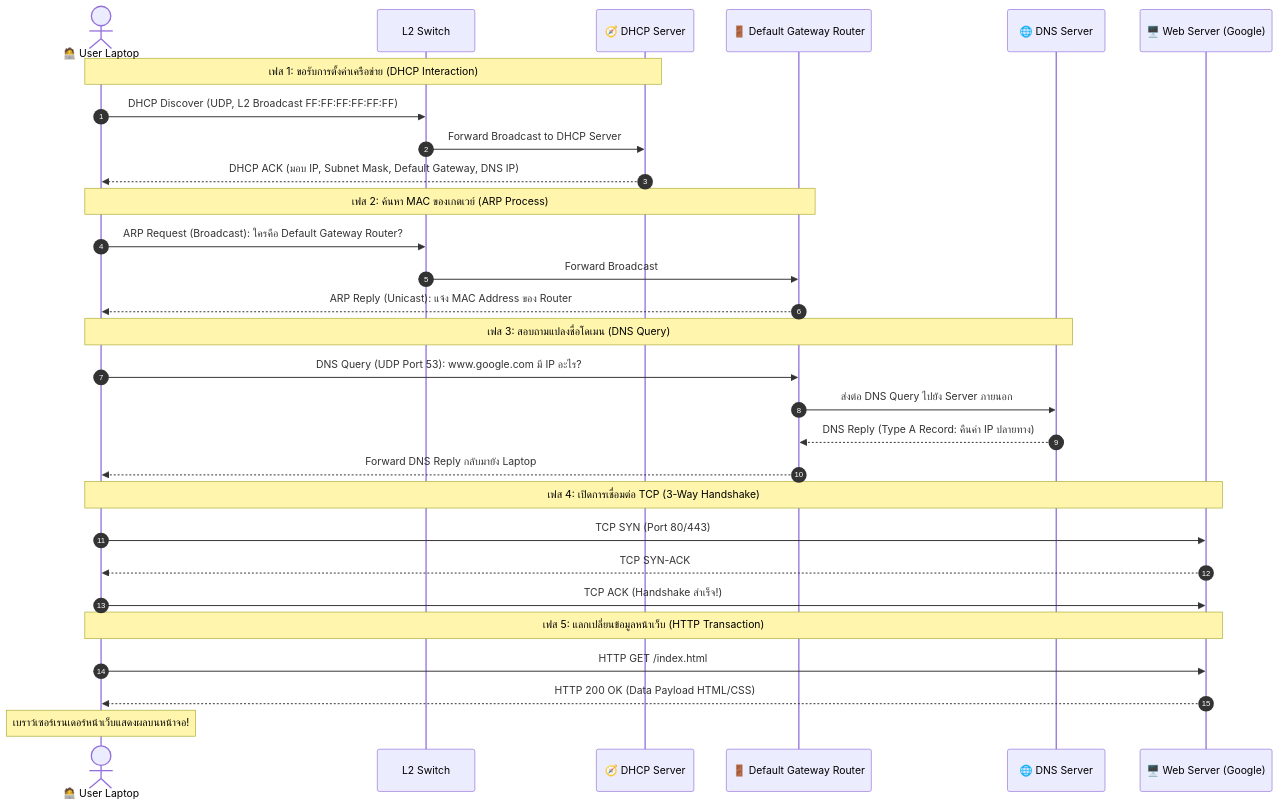
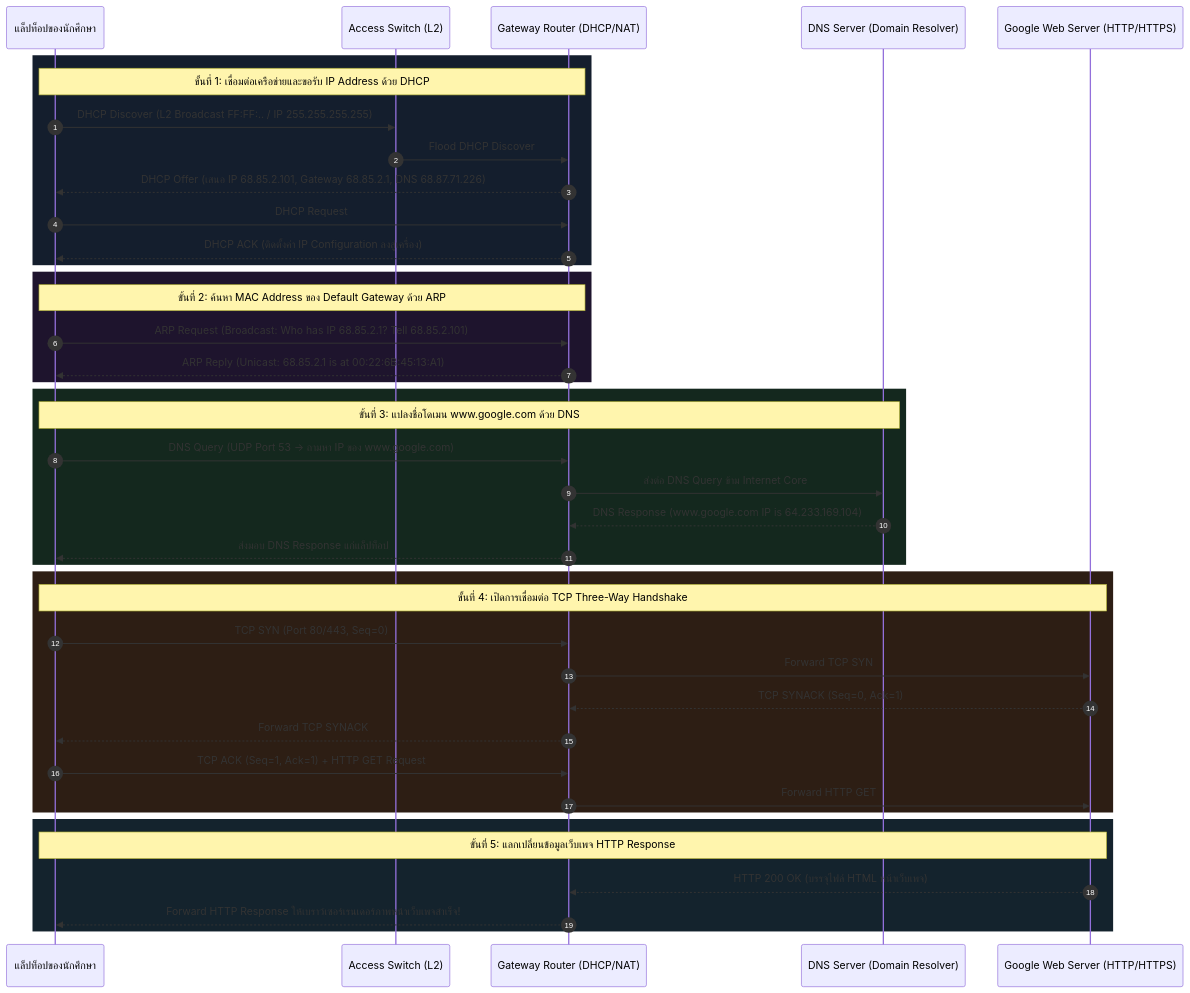
One commit to kanomoo/computer-network-and-Internet changed the seventh of 7 diagrams in 05_Wiki/Chapter_06_Link_Layer_and_Wireless/01_Lecture_06_Chapter_6_Link_Layer_and_LANs_v9.md. Above: the diagram before and after it, drawn with Mermaid. The commit also changed other lines of this file and 8 other files, not shown here.

````diff
--- a/05_Wiki/Chapter_06_Link_Layer_and_Wireless/01_Lecture_06_Chapter_6_Link_Layer_and_LANs_v9.md
+++ b/05_Wiki/Chapter_06_Link_Layer_and_Wireless/01_Lecture_06_Chapter_6_Link_Layer_and_LANs_v9.md
@@ -1103,36 +3873,48 @@
 ```mermaid
 sequenceDiagram
     autonumber
-    actor User as 🧑‍💻 User Laptop
-    participant Switch as L2 Switch
-    participant DHCP as 🧭 DHCP Server
-    participant Router as 🚪 Default Gateway Router
-    participant DNS as 🌐 DNS Server
-    participant Web as 🖥️ Web Server (Google)
+    participant Laptop as แล็ปท็อปของนักศึกษา
+    participant Switch as Access Switch (L2)
+    participant Router as Gateway Router (DHCP/NAT)
+    participant DNS as DNS Server (Domain Resolver)
+    participant Web as Google Web Server (HTTP/HTTPS)
 
-    Note over User,DHCP: เฟส 1: ขอรับการตั้งค่าเครือข่าย (DHCP Interaction)
-    User->>Switch: DHCP Discover (UDP, L2 Broadcast FF:FF:FF:FF:FF:FF)
-    Switch->>DHCP: Forward Broadcast to DHCP Server
-    DHCP-->>User: DHCP ACK (มอบ IP, Subnet Mask, Default Gateway, DNS IP)
+    rect rgb(20, 30, 45)
+        Note over Laptop,Router: ขั้นที่ 1: เชื่อมต่อเครือข่ายและขอรับ IP Address ด้วย DHCP
+        Laptop->>Switch: DHCP Discover (L2 Broadcast FF:FF:.. / IP 255.255.255.255)
+        Switch->>Router: Flood DHCP Discover
+        Router-->>Laptop: DHCP Offer (เสนอ IP 68.85.2.101, Gateway 68.85.2.1, DNS 68.87.71.226)
+        Laptop->>Router: DHCP Request
+        Router-->>Laptop: DHCP ACK (ติดตั้งค่า IP Configuration ลงสู่เครื่อง)
+    end
 
-    Note over User,Router: เฟส 2: ค้นหา MAC ของเกตเวย์ (ARP Process)
-    User->>Switch: ARP Request (Broadcast): ใครคือ Default Gateway Router?
-    Switch->>Router: Forward Broadcast
-    Router-->>User: ARP Reply (Unicast): แจ้ง MAC Address ของ Router
+    rect rgb(30, 20, 45)
+        Note over Laptop,Router: ขั้นที่ 2: ค้นหา MAC Address ของ Default Gateway ด้วย ARP
+        Laptop->>Router: ARP Request (Broadcast: Who has IP 68.85.2.1? Tell 68.85.2.101)
+        Router-->>Laptop: ARP Reply (Unicast: 68.85.2.1 is at 00:22:6B:45:13:A1)
+    end
 
-    Note over User,DNS: เฟส 3: สอบถามแปลงชื่อโดเมน (DNS Query)
-    User->>Router: DNS Query (UDP Port 53): www.google.com มี IP อะไร?
-    Router->>DNS: ส่งต่อ DNS Query ไปยัง Server ภายนอก
-    DNS-->>Router: DNS Reply (Type A Record: คืนค่า IP ปลายทาง)
-    Router-->>User: Forward DNS Reply กลับมายัง Laptop
+    rect rgb(20, 40, 30)
+        Note over Laptop,DNS: ขั้นที่ 3: แปลงชื่อโดเมน www.google.com ด้วย DNS
+        Laptop->>Router: DNS Query (UDP Port 53 -> ถามหา IP ของ www.google.com)
+        Router->>DNS: ส่งต่อ DNS Query ข้าม Internet Core
+        DNS-->>Router: DNS Response (www.google.com IP is 64.233.169.104)
+        Router-->>Laptop: ส่งมอบ DNS Response แก่แล็ปท็อป
+    end
 
-    Note over User,Web: เฟส 4: เปิดการเชื่อมต่อ TCP (3-Way Handshake)
-    User->>Web: TCP SYN (Port 80/443)
-    Web-->>User: TCP SYN-ACK
-    User->>Web: TCP ACK (Handshake สำเร็จ!)
+    rect rgb(45, 30, 20)
+        Note over Laptop,Web: ขั้นที่ 4: เปิดการเชื่อมต่อ TCP Three-Way Handshake
+        Laptop->>Router: TCP SYN (Port 80/443, Seq=0)
+        Router->>Web: Forward TCP SYN
+        Web-->>Router: TCP SYNACK (Seq=0, Ack=1)
+        Router-->>Laptop: Forward TCP SYNACK
+        Laptop->>Router: TCP ACK (Seq=1, Ack=1) + HTTP GET Request
+        Router->>Web: Forward HTTP GET
+    end
 
-    Note over User,Web: เฟส 5: แลกเปลี่ยนข้อมูลหน้าเว็บ (HTTP Transaction)
-    User->>Web: HTTP GET /index.html
-    Web-->>User: HTTP 200 OK (Data Payload HTML/CSS)
-    Note over User: เบราว์เซอร์เรนเดอร์หน้าเว็บแสดงผลบนหน้าจอ!
+    rect rgb(20, 35, 45)
+        Note over Laptop,Web: ขั้นที่ 5: แลกเปลี่ยนข้อมูลเว็บเพจ HTTP Response
+        Web-->>Router: HTTP 200 OK (บรรจุไฟล์ HTML หน้าเว็บเพจ)
+        Router-->>Laptop: Forward HTTP Response ให้เบราว์เซอร์เรนเดอร์ภาพหน้าเว็บเพจสำเร็จ!
+    end
 ```
````
